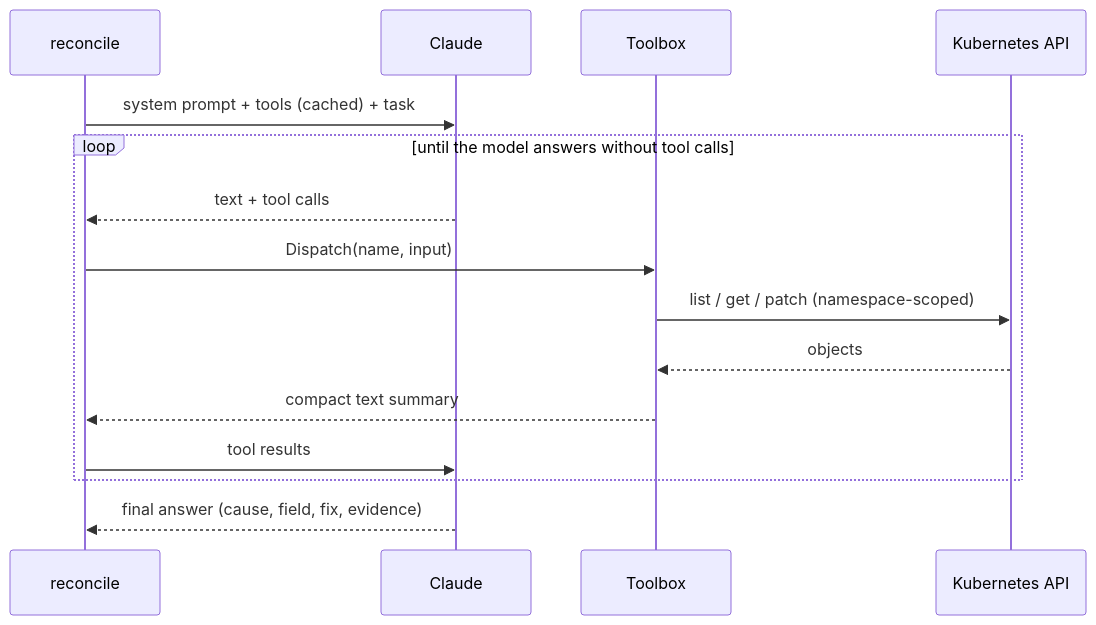
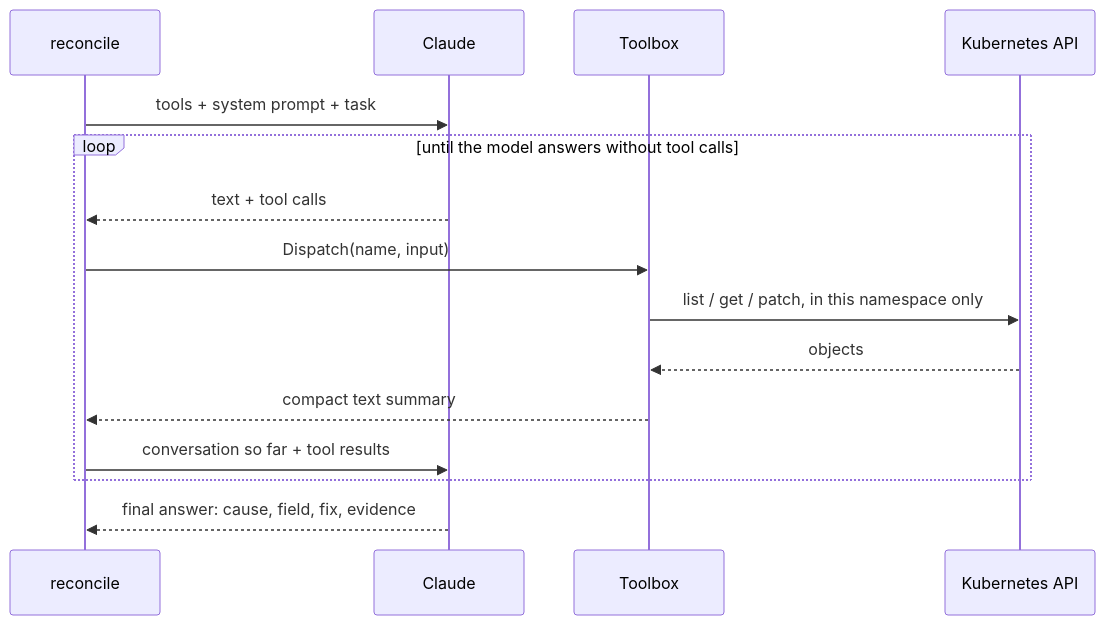
Before and after one commit to zaansaeed/k8s-reconcile: the second of 5 diagrams in README.md, drawn with Mermaid. The commit also changed other lines of this file and 54 other files, not shown here.

````diff
--- a/README.md
+++ b/README.md
@@ -38,18 +44,18 @@
 ```mermaid
 sequenceDiagram
     participant R as reconcile
     participant M as Claude
     participant T as Toolbox
     participant K as Kubernetes API
 
-    R->>M: system prompt + tools (cached) + task
+    R->>M: tools + system prompt + task
     loop until the model answers without tool calls
         M-->>R: text + tool calls
         R->>T: Dispatch(name, input)
-        T->>K: list / get / patch (namespace-scoped)
+        T->>K: list / get / patch, in this namespace only
         K-->>T: objects
         T-->>R: compact text summary
-        R->>M: tool results
+        R->>M: conversation so far + tool results
     end
-    M-->>R: final answer (cause, field, fix, evidence)
+    M-->>R: final answer: cause, field, fix, evidence
 ```
````
